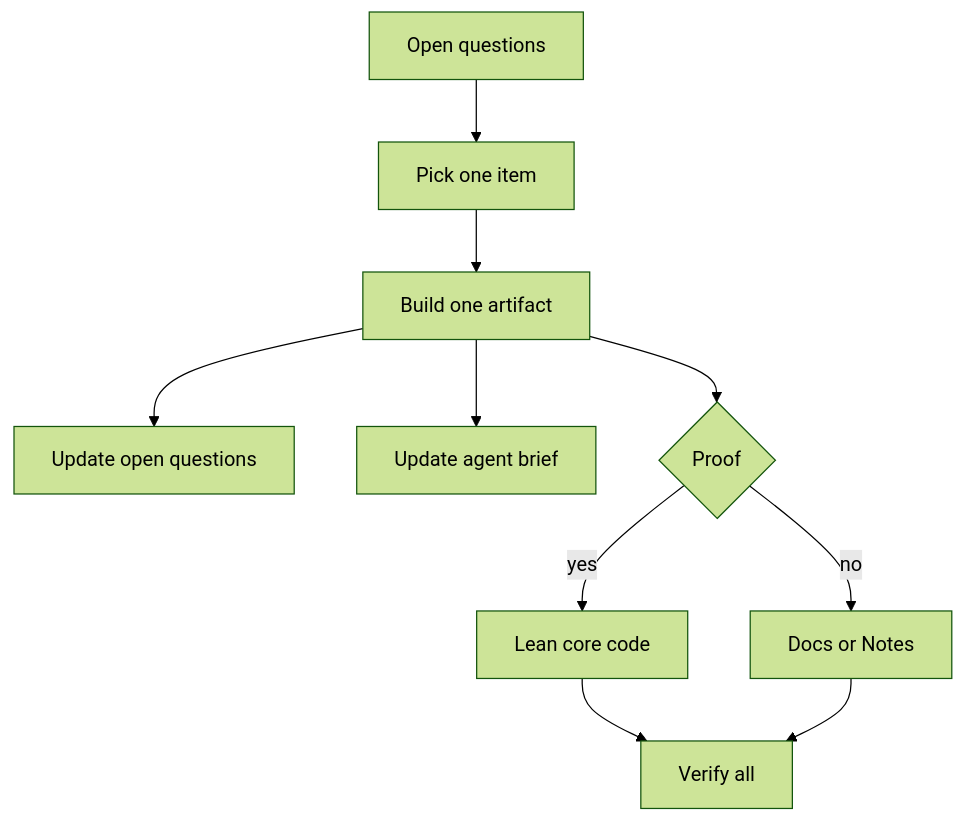
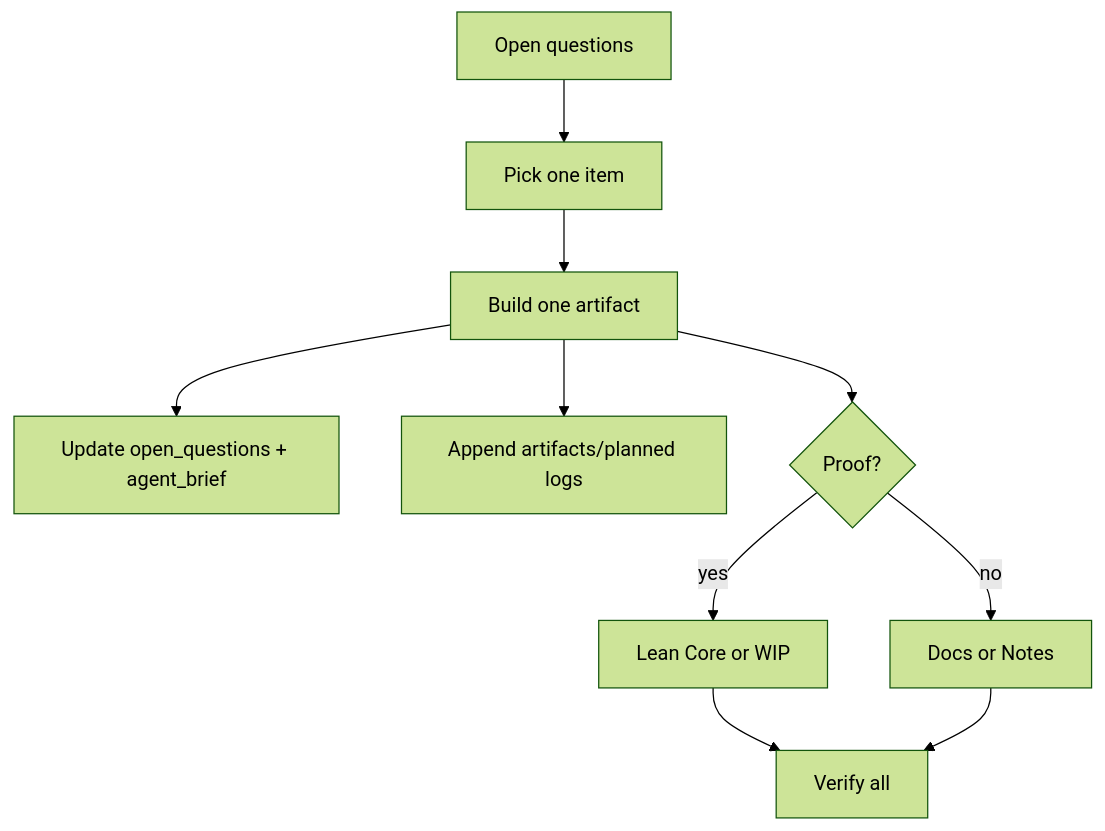
One commit to Xopoko/Experiment-26_P_vs_NP changed the fourth of 5 diagrams in ARCHITECTURE.md. Above: the diagram before and after it, drawn with Mermaid (forest theme). The commit also changed other lines of this file, not shown here.

Commit message:
Proof - update architecture documentation for clarity and structure

````diff
--- a/ARCHITECTURE.md
+++ b/ARCHITECTURE.md
@@ -130,12 +171,12 @@
 ```mermaid
 graph TD
   A[Open questions] --> B[Pick one item]
   B --> C[Build one artifact]
-  C --> D[Update open questions]
-  C --> E[Update agent brief]
-  C --> F{Proof}
-  F -->|yes| G[Lean core code]
+  C --> D[Update open_questions + agent_brief]
+  C --> E[Append artifacts/planned logs]
+  C --> F{Proof?}
+  F -->|yes| G[Lean Core or WIP]
   F -->|no| H[Docs or Notes]
   G --> I[Verify all]
   H --> I
 ```
````
